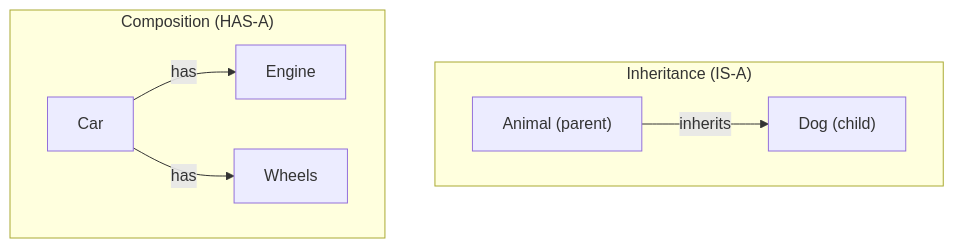
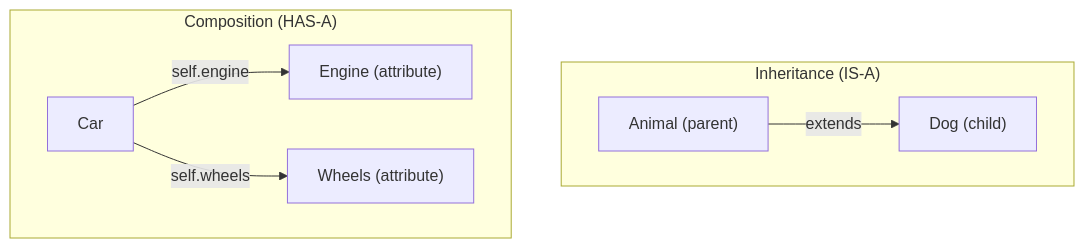
Before and after one commit to labasef/python-oop: the eighth of 8 diagrams in sections/01_core_concepts.md, drawn with Mermaid. The commit also changed other lines of this file and 1 other file, not shown here.

````diff
--- a/sections/01_core_concepts.md
+++ b/sections/01_core_concepts.md
@@ -803,16 +833,16 @@
 ```mermaid
 graph TD
     subgraph Inheritance["Inheritance (IS-A)"]
         A1["Animal (parent)"]
         B1["Dog (child)"]
-        A1 -->|inherits| B1
+        A1 -->|extends| B1
     end
 
     subgraph Composition["Composition (HAS-A)"]
-        C1["Engine"]
-        C2["Wheels"]
+        C1["Engine (attribute)"]
+        C2["Wheels (attribute)"]
         C3["Car"]
-        C3 -->|has| C1
-        C3 -->|has| C2
+        C3 -->|self.engine| C1
+        C3 -->|self.wheels| C2
     end
 ```
````
